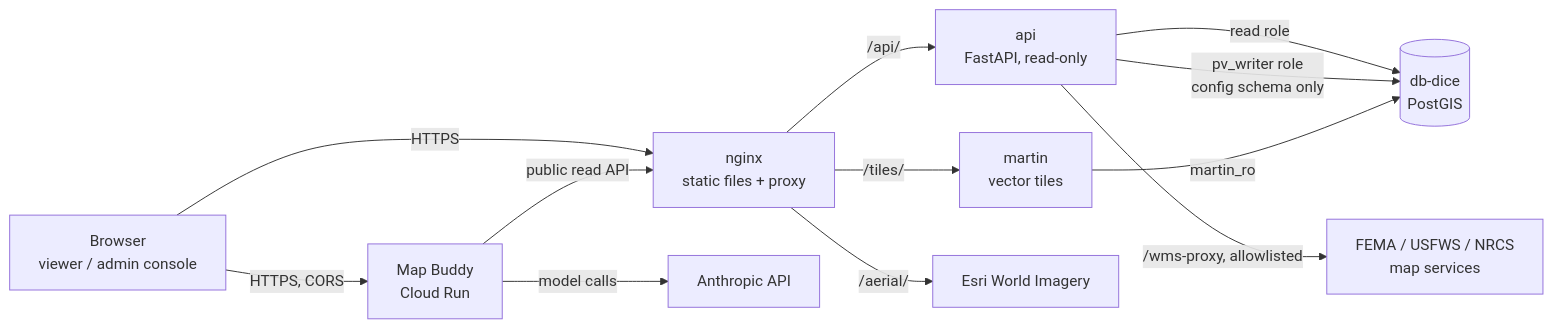
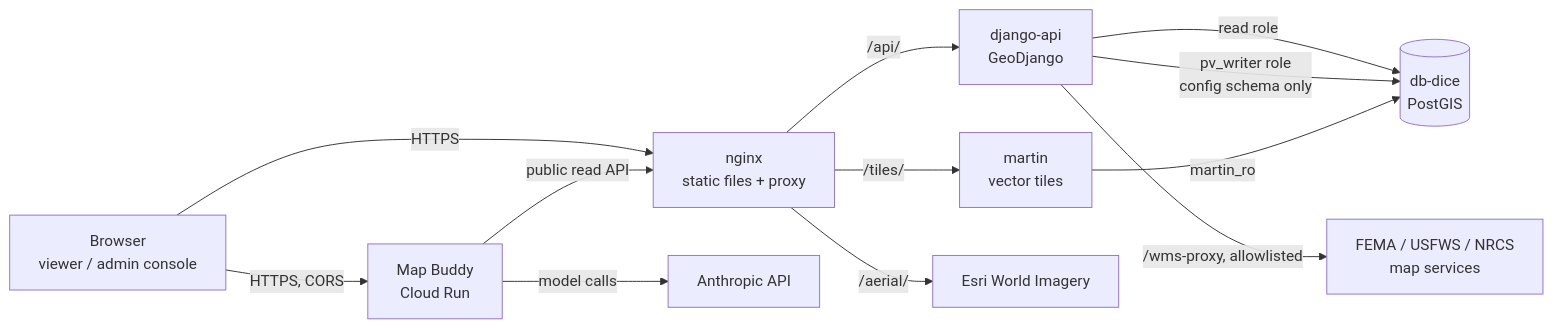
One commit to vanburencountymi-digital-information/parcel-viewer changed the diagram in ARCHITECTURE.md. Above: the diagram before and after it, drawn with Mermaid. The commit also changed other lines of this file and 81 other files, not shown here.

First line of the commit message:
chore: retire the FastAPI backend; the Django API is the only one [DIC-2150]

````diff
--- a/ARCHITECTURE.md
+++ b/ARCHITECTURE.md
@@ -10,14 +10,14 @@
 ```mermaid
 flowchart LR
   B[Browser<br/>viewer / admin console] -->|HTTPS| N[nginx<br/>static files + proxy]
-  N -->|/api/| A[api<br/>FastAPI, read-only]
+  N -->|/api/| A[django-api<br/>GeoDjango]
   N -->|/tiles/| M[martin<br/>vector tiles]
   N -->|/aerial/| E[Esri World Imagery]
   A -->|read role| DB[(db-dice<br/>PostGIS)]
   A -->|pv_writer role<br/>config schema only| DB
   M -->|martin_ro| DB
   A -->|/wms-proxy, allowlisted| F[FEMA / USFWS / NRCS<br/>map services]
   B -->|HTTPS, CORS| MB[Map Buddy<br/>Cloud Run]
   MB -->|model calls| AN[Anthropic API]
   MB -->|public read API| N
 ```
````
